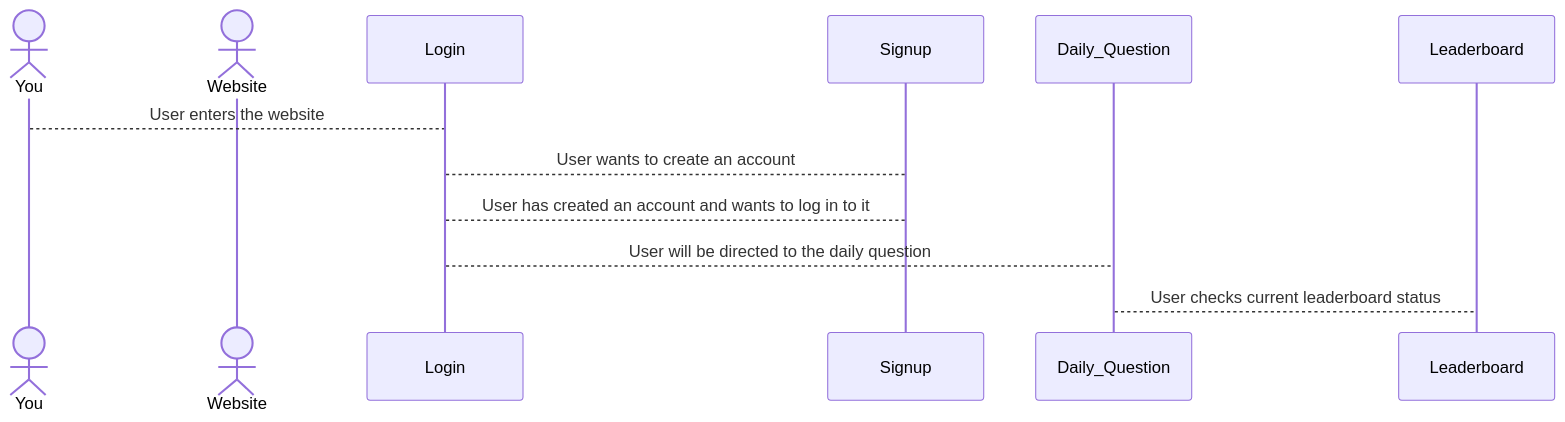
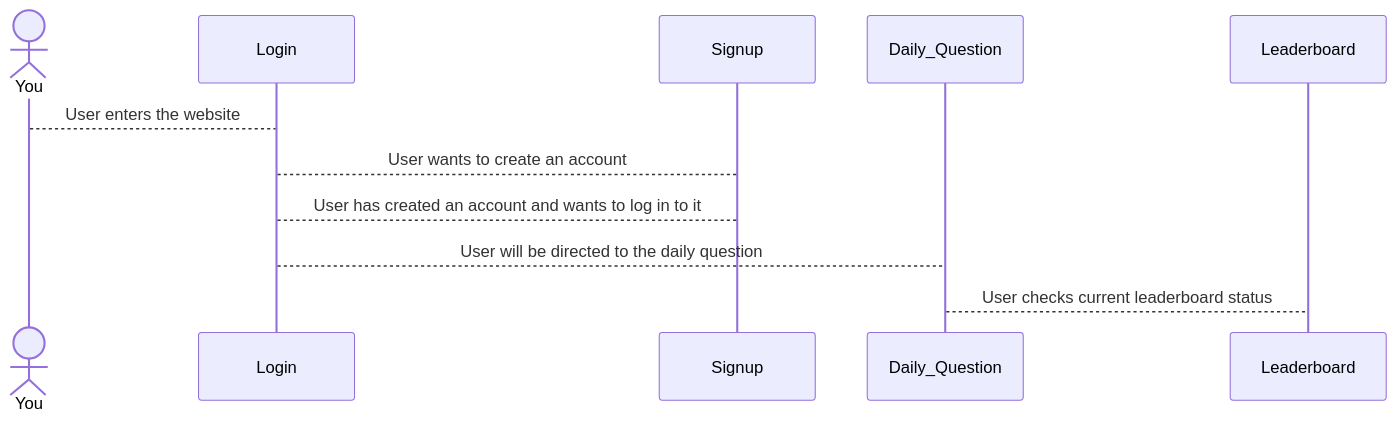
Before and after one commit to bhbakri/startup: the diagram in README.md, drawn with Mermaid.

````diff
--- a/README.md
+++ b/README.md
@@ -30,10 +30,9 @@
 ```mermaid
 sequenceDiagram
     actor You
-    actor Website
     You-->Login: User enters the website
     Login-->Signup: User wants to create an account
     Signup-->Login: User has created an account and wants to log in to it
     Login-->Daily_Question: User will be directed to the daily question
     Daily_Question-->Leaderboard: User checks current leaderboard status
 ```
````
